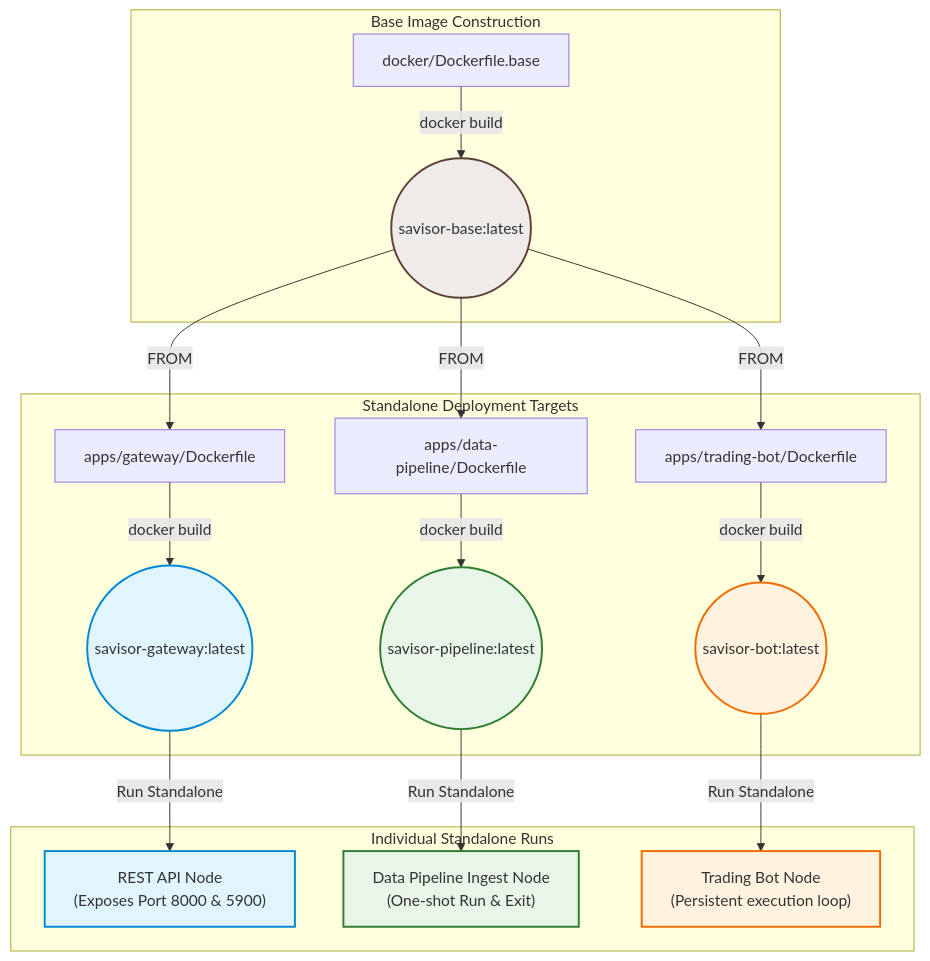
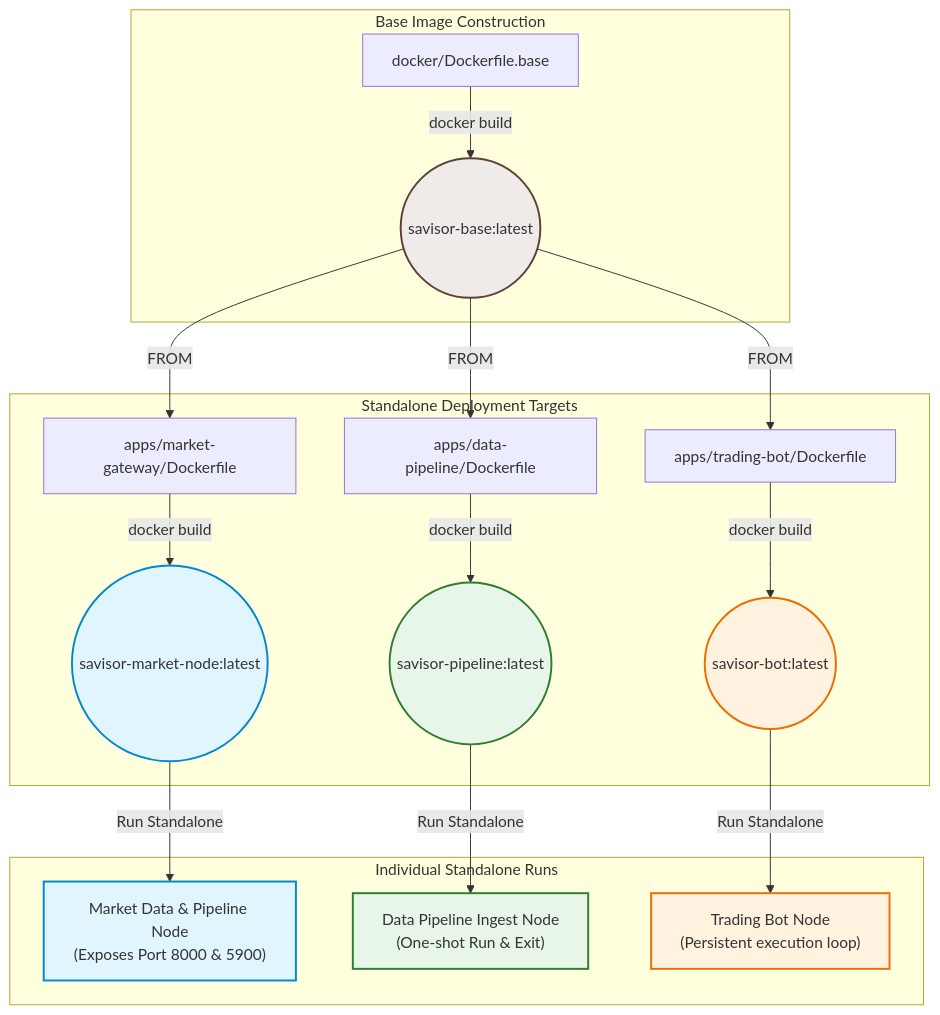
The diagram in README.md (devffex/MetaBridge5), drawn with Mermaid before and after one commit. The commit also changed other lines of this file and 37 other files, not shown here.

First line of the commit message:
refactor: rename chart-gateway to market-gateway and savisor-market-node

````diff
--- a/README.md
+++ b/README.md
@@ -9,27 +9,27 @@
 ```mermaid
 graph TD
     classDef base fill:#efebe9,stroke:#5d4037,stroke-width:2px;
     classDef gateway fill:#e1f5fe,stroke:#0288d1,stroke-width:2px;
     classDef pipeline fill:#e8f5e9,stroke:#2e7d32,stroke-width:2px;
     classDef bot fill:#fff3e0,stroke:#ef6c00,stroke-width:2px;
     
     subgraph Base ["Base Image Construction"]
         DockerfileBase["docker/Dockerfile.base"] -->|docker build| BaseImage(("savisor-base:latest")):::base
     end
 
     subgraph Targets ["Standalone Deployment Targets"]
-        BaseImage -->|FROM| DockerfileAPI["apps/gateway/Dockerfile"]
+        BaseImage -->|FROM| DockerfileAPI["apps/market-gateway/Dockerfile"]
         BaseImage -->|FROM| DockerfilePipe["apps/data-pipeline/Dockerfile"]
         BaseImage -->|FROM| DockerfileBot["apps/trading-bot/Dockerfile"]
         
-        DockerfileAPI -->|docker build| ImageAPI(("savisor-gateway:latest")):::gateway
+        DockerfileAPI -->|docker build| ImageAPI(("savisor-market-node:latest")):::gateway
         DockerfilePipe -->|docker build| ImagePipe(("savisor-pipeline:latest")):::pipeline
         DockerfileBot -->|docker build| ImageBot(("savisor-bot:latest")):::bot
     end
 
     subgraph Runtime ["Individual Standalone Runs"]
-        ImageAPI -->|Run Standalone| ContainerAPI["REST API Node<br/>(Exposes Port 8000 & 5900)"]:::gateway
+        ImageAPI -->|Run Standalone| ContainerAPI["Market Data & Pipeline Node<br/>(Exposes Port 8000 & 5900)"]:::gateway
         ImagePipe -->|Run Standalone| ContainerPipe["Data Pipeline Ingest Node<br/>(One-shot Run & Exit)"]:::pipeline
         ImageBot -->|Run Standalone| ContainerBot["Trading Bot Node<br/>(Persistent execution loop)"]:::bot
     end
 ```
````
